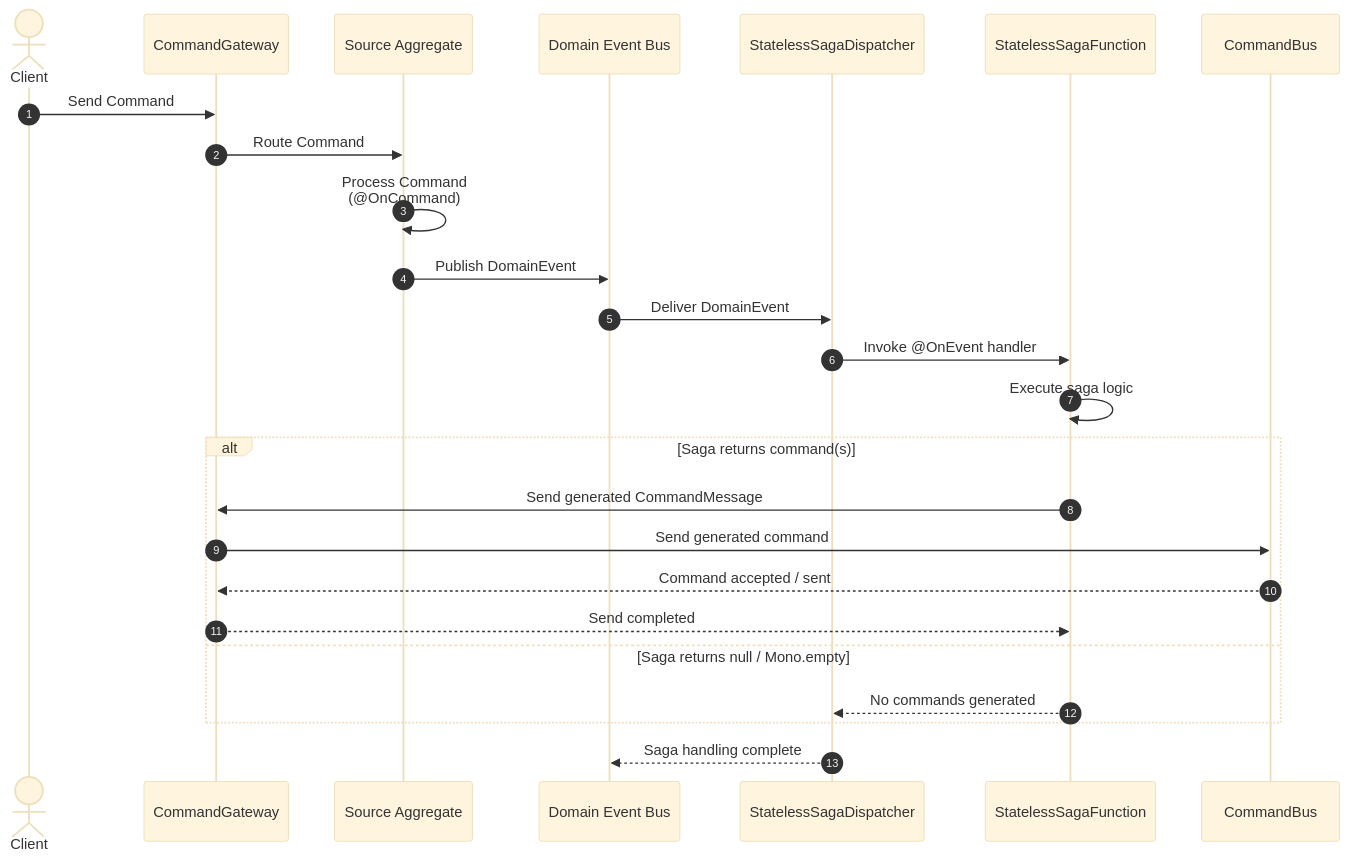
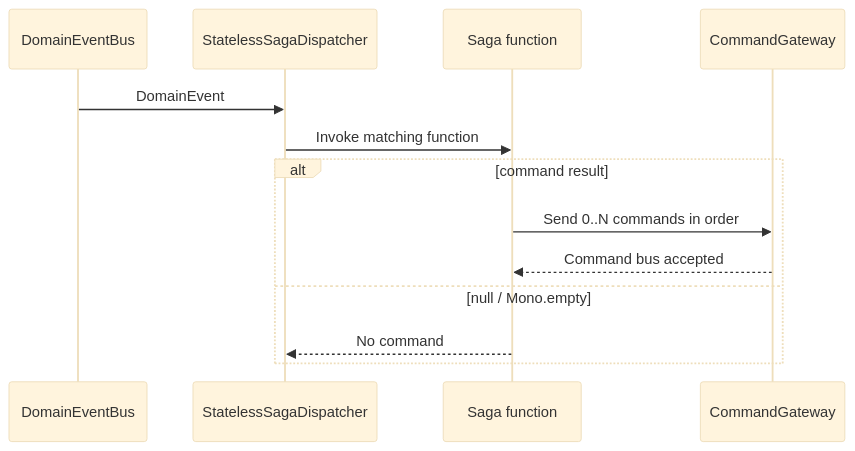
Before and after one commit to Ahoo-Wang/Wow: the second of 3 diagrams in documentation/docs/en/guide/saga.md, drawn with Mermaid (base theme). The commit also changed other lines of this file and 166 other files, not shown here.

````diff
--- a/documentation/docs/en/guide/saga.md
+++ b/documentation/docs/en/guide/saga.md
@@ -72,28 +44,15 @@
 ```mermaid
 sequenceDiagram
-    autonumber
-    actor Client
+    participant Bus as DomainEventBus
+    participant Dispatcher as StatelessSagaDispatcher
+    participant Saga as Saga function
     participant Gateway as CommandGateway
-    participant Aggregate as Source Aggregate
-    participant EventBus as Domain Event Bus
-    participant Dispatcher as StatelessSagaDispatcher
-    participant SagaFn as StatelessSagaFunction
-    participant CommandBus
-
-    Client->>Gateway: Send Command
-    Gateway->>Aggregate: Route Command
-    Aggregate->>Aggregate: Process Command<br>(@OnCommand)
-    Aggregate->>EventBus: Publish DomainEvent
-    EventBus->>Dispatcher: Deliver DomainEvent
-    Dispatcher->>SagaFn: Invoke @OnEvent handler
-    SagaFn->>SagaFn: Execute saga logic
-    alt Saga returns command(s)
-        SagaFn->>Gateway: Send generated CommandMessage
-        Gateway->>CommandBus: Send generated command
-        CommandBus-->>Gateway: Command accepted / sent
-        Gateway-->>SagaFn: Send completed
-    else Saga returns null / Mono.empty
-        SagaFn-->>Dispatcher: No commands generated
+    Bus->>Dispatcher: DomainEvent
+    Dispatcher->>Saga: Invoke matching function
+    alt command result
+        Saga->>Gateway: Send 0..N commands in order
+        Gateway-->>Saga: Command bus accepted
+    else null / Mono.empty
+        Saga-->>Dispatcher: No command
     end
-    Dispatcher-->>EventBus: Saga handling complete
 ```
````
